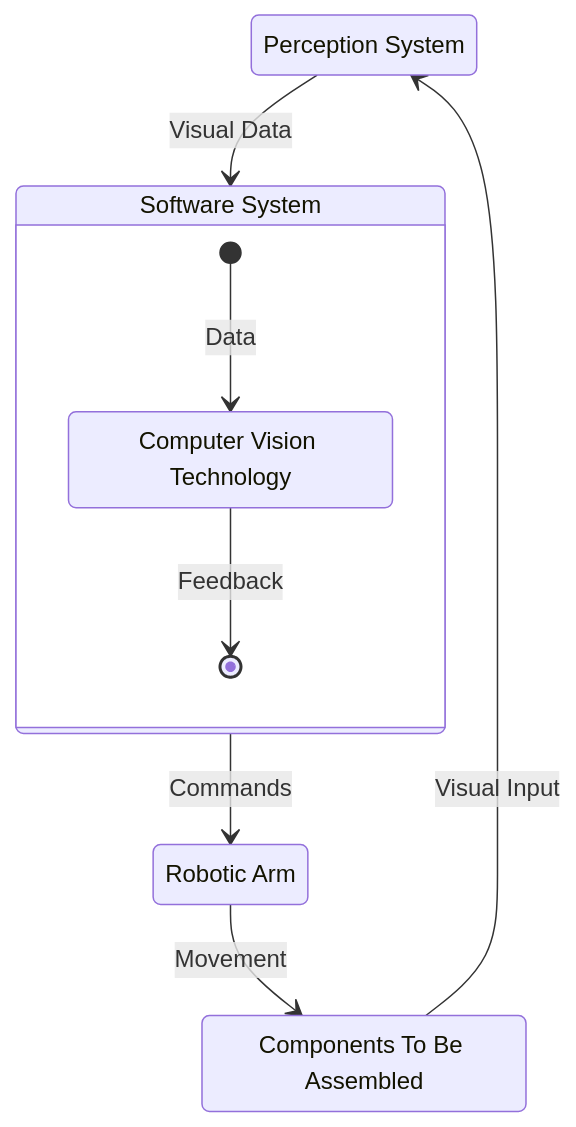
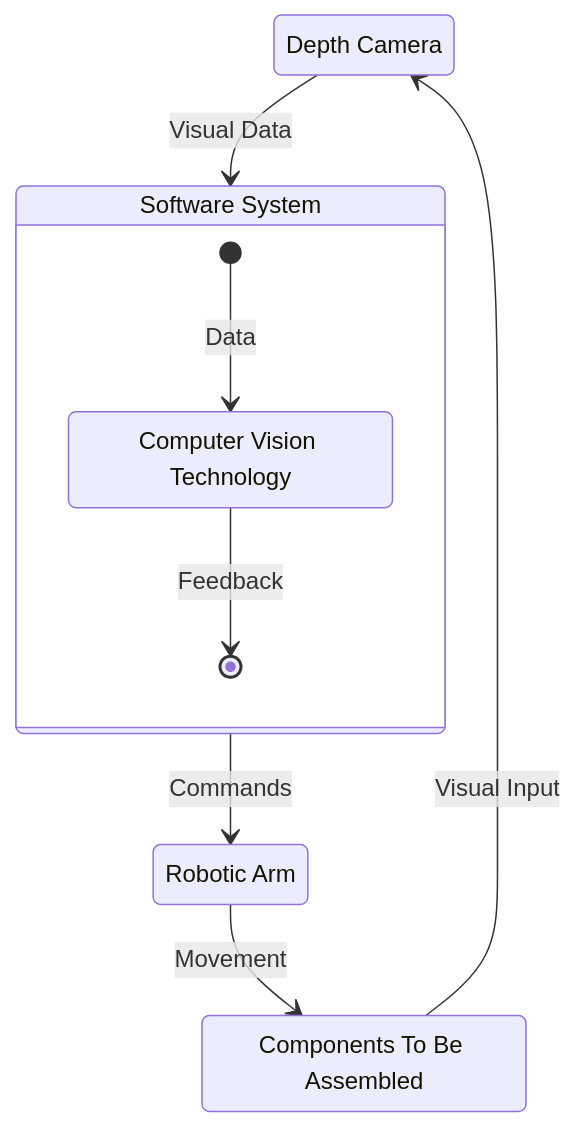
The first of 2 diagrams in assessments/design.md (kanbanyte/sepa), drawn with Mermaid before and after one commit. The commit also changed other lines of this file, not shown here.

Commit message:
Rearranged section

````diff
--- a/assessments/design.md
+++ b/assessments/design.md
@@ -89,18 +84,18 @@
 ```mermaid
 stateDiagram-v2
 	direction TB
-	state "Perception System" as Perception
+	state "Depth Camera" as Camera
 	state "Computer Vision Technology" as Vision
 	state "Robotic Arm" as Robot
 	state "Components To Be Assembled" as Components
 
 	state "Software System" as Software {
 		[*] --> Vision : Data
 		Vision --> [*] : Feedback
 	}
 
-	Perception --> Software : Visual Data
+	Camera --> Software : Visual Data
 	Software --> Robot : Commands
 	Robot --> Components : Movement
-	Components --> Perception : Visual Input
+	Components --> Camera : Visual Input
 ```
````
